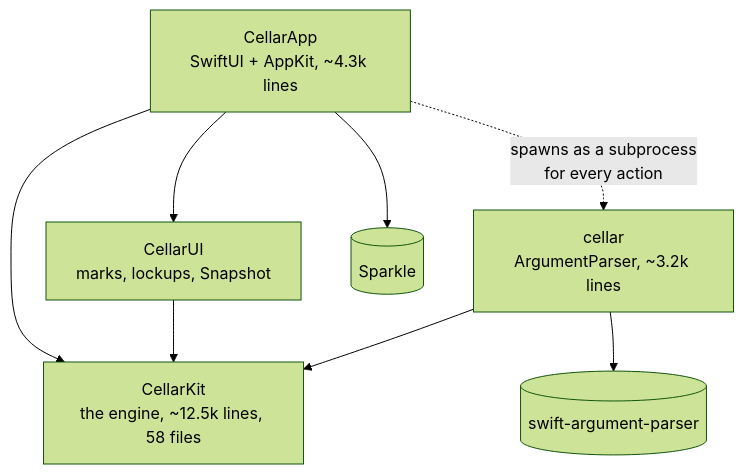
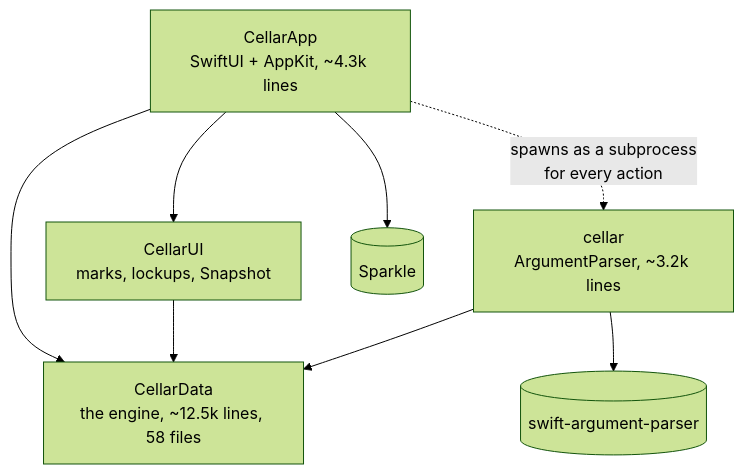
One commit to Echarnus/Cellar changed the first of 5 diagrams in docs/APP-ARCHITECTURE.md. Above: the diagram before and after it, drawn with Mermaid (forest theme). The commit also changed other lines of this file and 375 other files, not shown here.

Commit message:
Name the engine package CellarData, the data layer of the target layout

````diff
--- a/docs/APP-ARCHITECTURE.md
+++ b/docs/APP-ARCHITECTURE.md
@@ -50,16 +50,16 @@
 ```mermaid
 flowchart TD
     App["CellarApp<br/>SwiftUI + AppKit, ~4.3k lines"]
     CLI["cellar<br/>ArgumentParser, ~3.2k lines"]
     UI["CellarUI<br/>marks, lockups, Snapshot"]
-    Kit["CellarKit<br/>the engine, ~12.5k lines, 58 files"]
+    Kit["CellarData<br/>the engine, ~12.5k lines, 58 files"]
     AP[(swift-argument-parser)]
     SP[(Sparkle)]
     App --> Kit
     App --> UI
     App --> SP
     UI --> Kit
     CLI --> Kit
     CLI --> AP
     App -. "spawns as a subprocess<br/>for every action" .-> CLI
 ```
````
